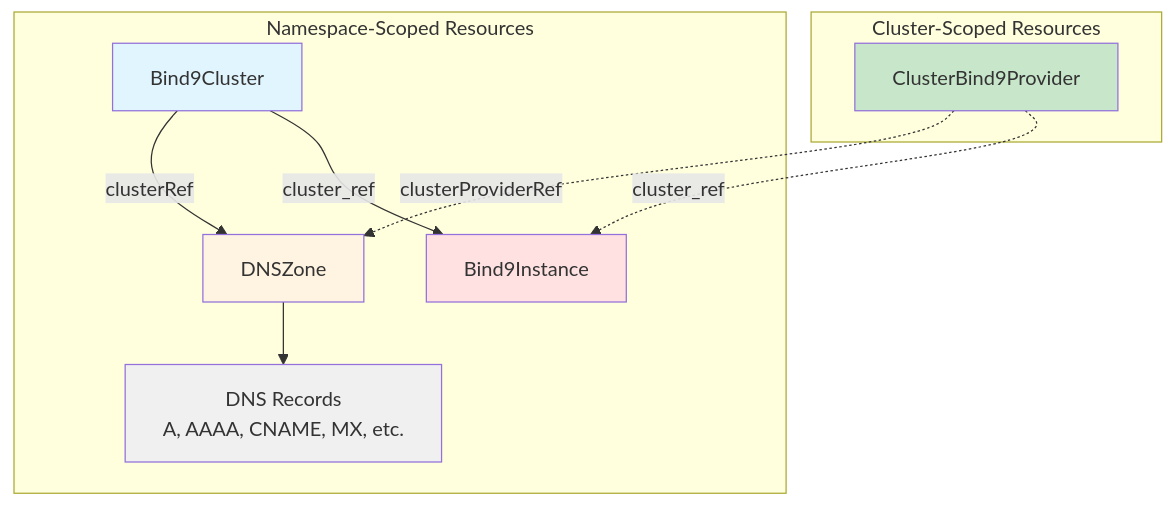
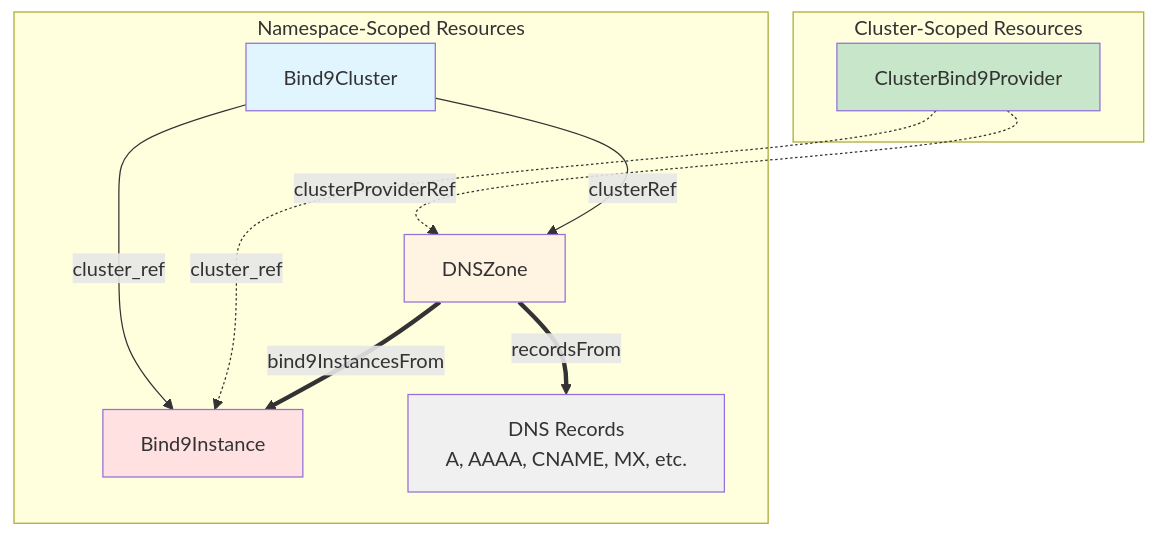
The third of 9 diagrams in docs/src/guide/architecture.md (firestoned/bindy), drawn with Mermaid before and after one commit. The commit also changed other lines of this file and 125 other files, not shown here.

````diff
--- a/docs/src/guide/architecture.md
+++ b/docs/src/guide/architecture.md
@@ -134,27 +134,28 @@
 ```mermaid
 graph TD
     subgraph "Cluster-Scoped Resources"
         GlobalCluster[ClusterBind9Provider]
     end
 
     subgraph "Namespace-Scoped Resources"
         Cluster[Bind9Cluster]
         Zone[DNSZone]
         Instance[Bind9Instance]
         Records[DNS Records<br/>A, AAAA, CNAME, MX, etc.]
     end
 
     GlobalCluster -.clusterProviderRef.-> Zone
     Cluster --clusterRef--> Zone
 
     Cluster --cluster_ref--> Instance
     GlobalCluster -.cluster_ref.-> Instance
 
-    Zone --> Records
+    Zone ==bind9InstancesFrom==> Instance
+    Zone ==recordsFrom==> Records
 
     style GlobalCluster fill:#c8e6c9
     style Cluster fill:#e1f5ff
     style Zone fill:#fff4e1
     style Instance fill:#ffe1e1
     style Records fill:#f0f0f0
 ```
````
